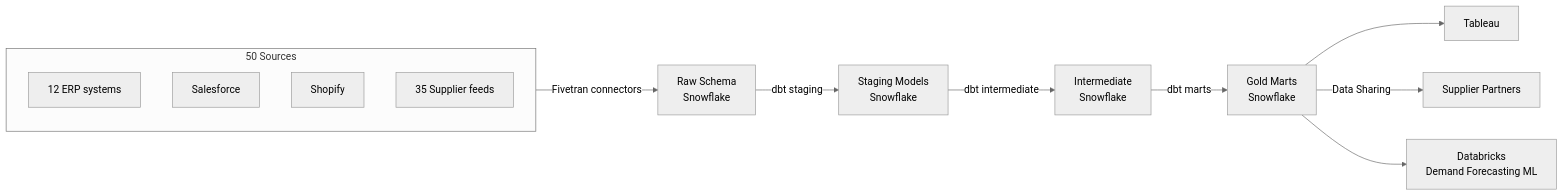
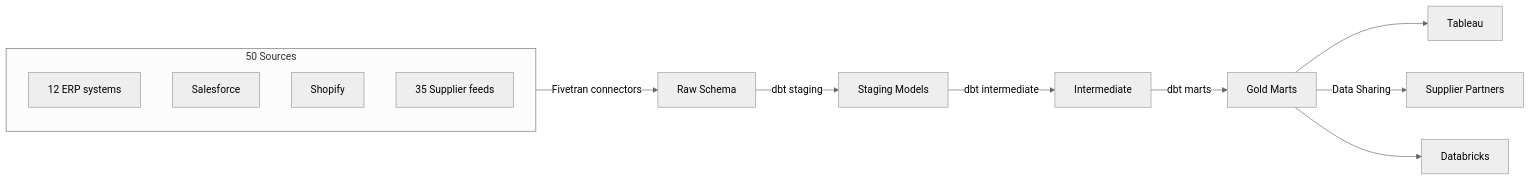
One commit to gcmishra7/data-engineering-helper changed the diagram in 10-scenarios/02-retail-lakehouse.md. Above: the diagram before and after it, drawn with Mermaid (neutral theme). The commit also changed other lines of this file and 57 other files, not shown here.

First line of the commit message:
Shorten mermaid node labels to fix text truncation on GitHub

````diff
--- a/10-scenarios/02-retail-lakehouse.md
+++ b/10-scenarios/02-retail-lakehouse.md
@@ -10,16 +10,16 @@
 ```mermaid
 graph LR
     subgraph Sources[50 Sources]
         ERP[12 ERP systems]
         SF2[Salesforce]
         SHOP[Shopify]
         SUP[35 Supplier feeds]
     end
-    Sources -->|Fivetran connectors| RAW[Raw Schema<br/>Snowflake]
-    RAW -->|dbt staging| STG[Staging Models<br/>Snowflake]
-    STG -->|dbt intermediate| INT[Intermediate<br/>Snowflake]
-    INT -->|dbt marts| GOLD[Gold Marts<br/>Snowflake]
+    Sources -->|Fivetran connectors| RAW[Raw Schema]
+    RAW -->|dbt staging| STG[Staging Models]
+    STG -->|dbt intermediate| INT[Intermediate]
+    INT -->|dbt marts| GOLD[Gold Marts]
     GOLD --> BI[Tableau]
     GOLD -->|Data Sharing| PART[Supplier Partners]
-    GOLD --> DB2[Databricks<br/>Demand Forecasting ML]
+    GOLD --> DB2[Databricks]
 ```
````
